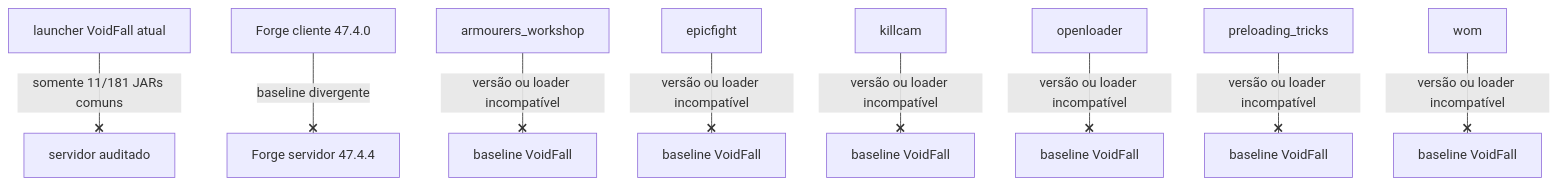
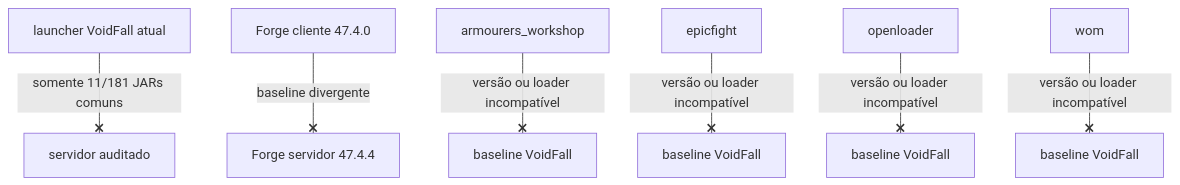
The diagram in docs/modpack/graficos/conflitos.mmd (Myerzx/Void-Modpack), drawn with Mermaid before and after one commit. The commit also changed 317 other files, not shown here.

```diff
--- a/docs/modpack/graficos/conflitos.mmd
+++ b/docs/modpack/graficos/conflitos.mmd
@@ -1,10 +1,8 @@
 %% Conflitos globais e dependências obrigatórias ausentes
 graph TD
     launcher["launcher VoidFall atual"] --x|somente 11/181 JARs comuns| server["servidor auditado"]
     forge_client["Forge cliente 47.4.0"] --x|baseline divergente| forge_server["Forge servidor 47.4.4"]
     n_armourers_workshop["armourers_workshop"] --x|versão ou loader incompatível| n_armourers_workshop_baseline["baseline VoidFall"]
     n_epicfight["epicfight"] --x|versão ou loader incompatível| n_epicfight_baseline["baseline VoidFall"]
-    n_killcam["killcam"] --x|versão ou loader incompatível| n_killcam_baseline["baseline VoidFall"]
     n_openloader["openloader"] --x|versão ou loader incompatível| n_openloader_baseline["baseline VoidFall"]
-    n_preloading_tricks["preloading_tricks"] --x|versão ou loader incompatível| n_preloading_tricks_baseline["baseline VoidFall"]
     n_wom["wom"] --x|versão ou loader incompatível| n_wom_baseline["baseline VoidFall"]
```
